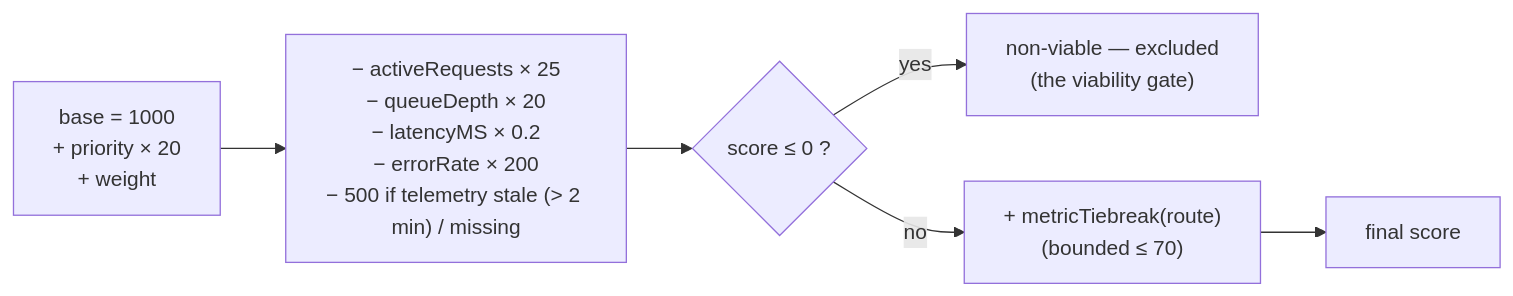
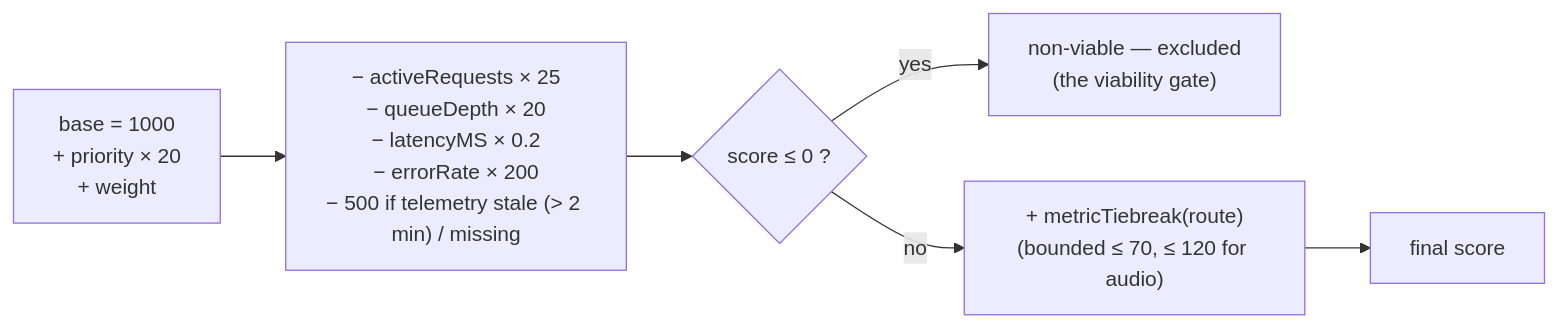
Before and after one commit to JLor08/op-ai-gateway: the fourth of 5 diagrams in docs/architecture/cross-cutting/routing-and-model-selection.md, drawn with Mermaid. The commit also changed other lines of this file and 253 other files, not shown here.

First line of the commit message:
feat: demand-driven model-instance autoscaling with audio benchmarks and a voice real-time gate (#340) (#363)

````diff
--- a/docs/architecture/cross-cutting/routing-and-model-selection.md
+++ b/docs/architecture/cross-cutting/routing-and-model-selection.md
@@ -1620,8 +1623,8 @@
 ```mermaid
 flowchart LR
     Base["base = 1000\n+ priority × 20\n+ weight"] --> Penalties["− activeRequests × 25\n− queueDepth × 20\n− latencyMS × 0.2\n− errorRate × 200\n− 500 if telemetry stale (> 2 min) / missing"]
     Penalties --> Gate{"score ≤ 0 ?"}
     Gate -->|yes| NonViable["non-viable — excluded\n(the viability gate)"]
-    Gate -->|no| Tiebreak["+ metricTiebreak(route)\n(bounded ≤ 70)"]
+    Gate -->|no| Tiebreak["+ metricTiebreak(route)\n(bounded ≤ 70, ≤ 120 for audio)"]
     Tiebreak --> Final["final score"]
 ```
````
